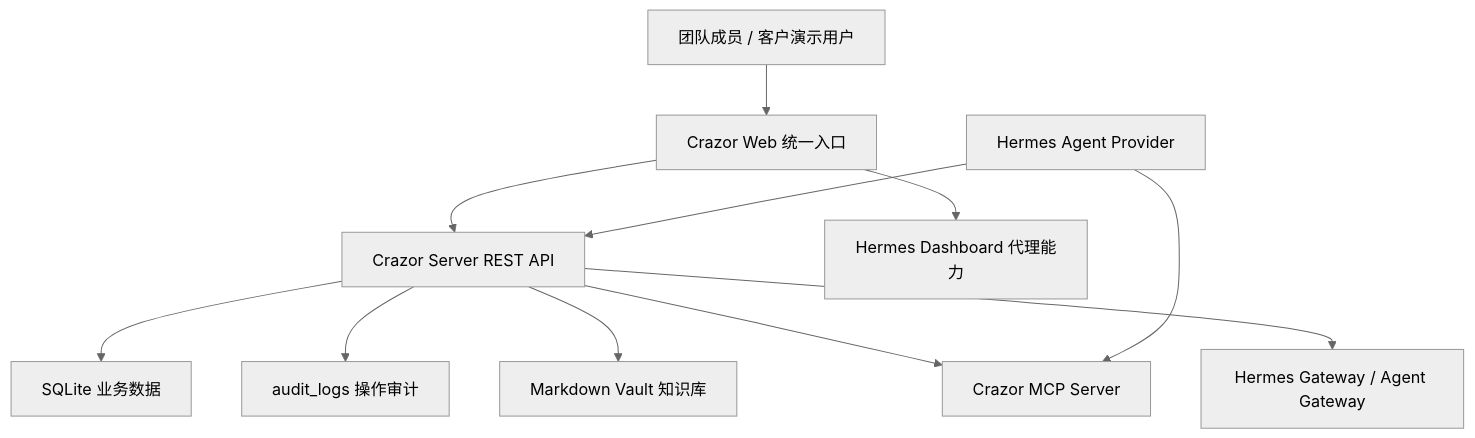
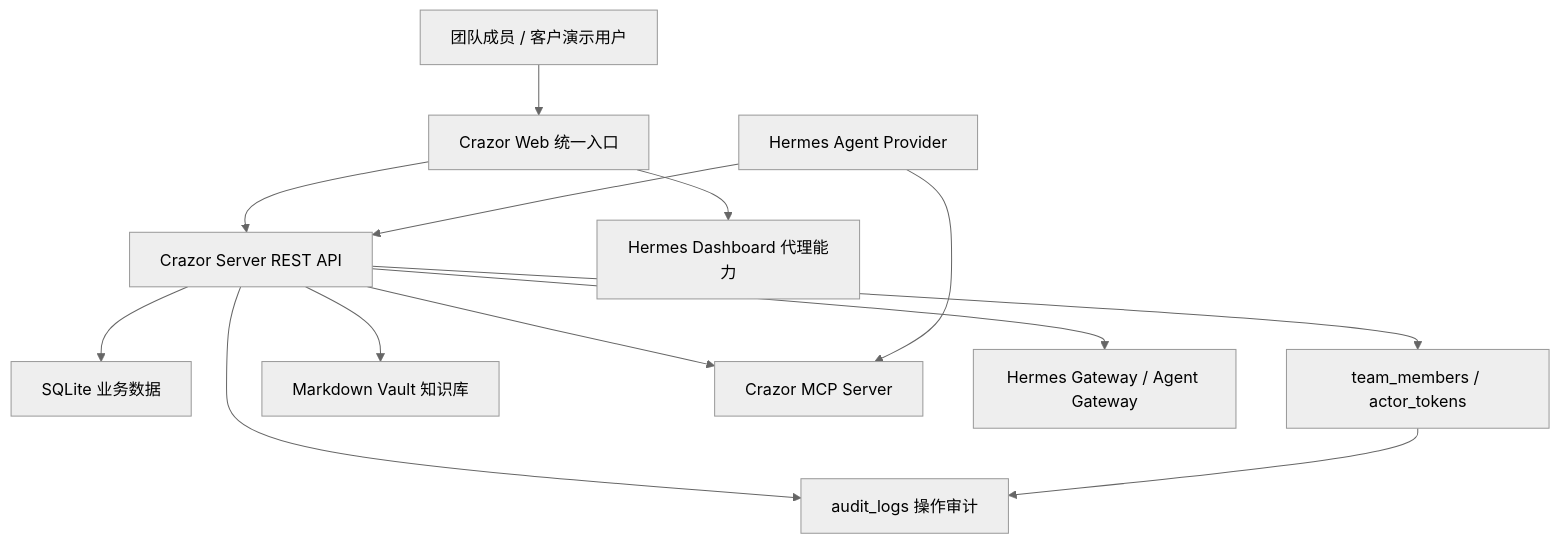
The first of 4 diagrams in docs/audit/product-function-map.md (superxia01/Crazor), drawn with Mermaid (neutral theme) before and after one commit. The commit also changed other lines of this file and 5 other files, not shown here.

````diff
--- a/docs/audit/product-function-map.md
+++ b/docs/audit/product-function-map.md
@@ -7,13 +7,15 @@
 ```mermaid
 graph TD
   User["团队成员 / 客户演示用户"] --> Web["Crazor Web 统一入口"]
   Web --> Server["Crazor Server REST API"]
   Web --> HermesDashboard["Hermes Dashboard 代理能力"]
   Server --> DB["SQLite 业务数据"]
+  Server --> Identity["team_members / actor_tokens"]
   Server --> Audit["audit_logs 操作审计"]
   Server --> Vault["Markdown Vault 知识库"]
   Server --> MCP["Crazor MCP Server"]
   Hermes["Hermes Agent Provider"] --> MCP
   Hermes --> Server
   Server --> HermesGateway["Hermes Gateway / Agent Gateway"]
+  Identity --> Audit
 ```
````
